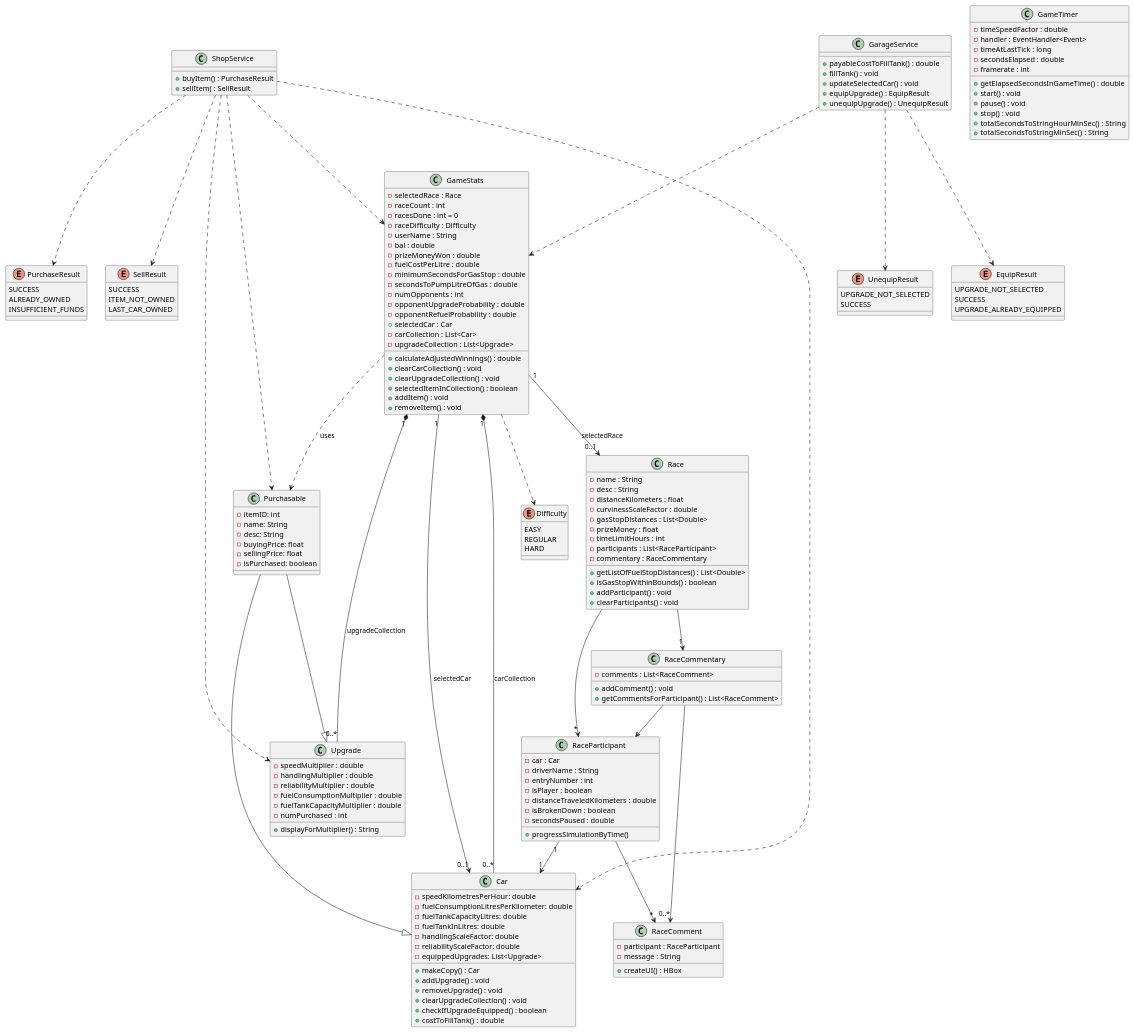
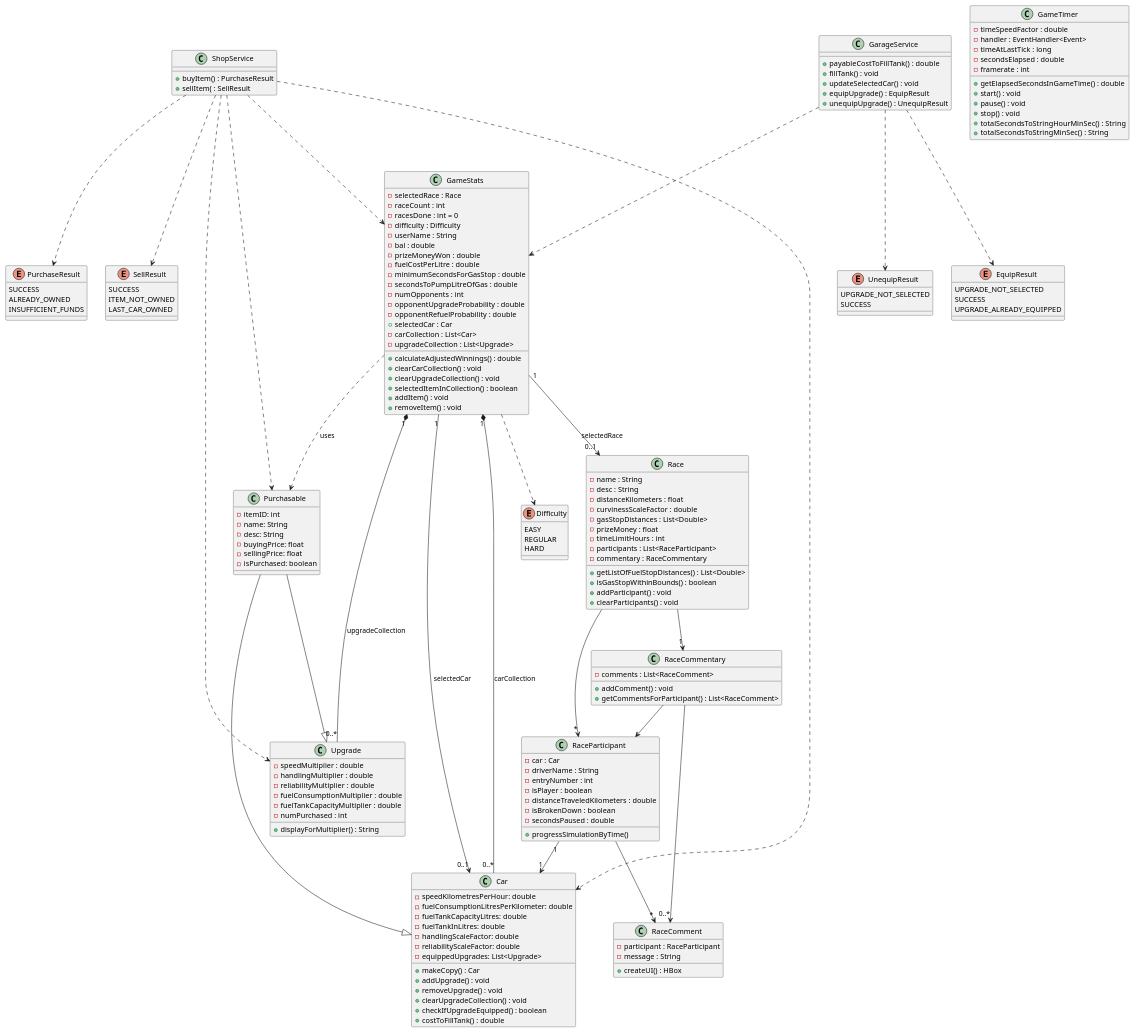
The diagram in uml-diagrams/class.puml (riz3ndrr/seng201-project-driftfever), drawn with PlantUML before and after one commit. The commit also changed 8 other files, not shown here.

```diff
--- a/uml-diagrams/class.puml
+++ b/uml-diagrams/class.puml
@@ -52,7 +52,7 @@
     -selectedRace : Race
     -raceCount : int
     -racesDone : int = 0
-    -raceDifficulty : Difficulty
+    -difficulty : Difficulty
     -userName : String
     -bal : double
     -prizeMoneyWon : double
```
